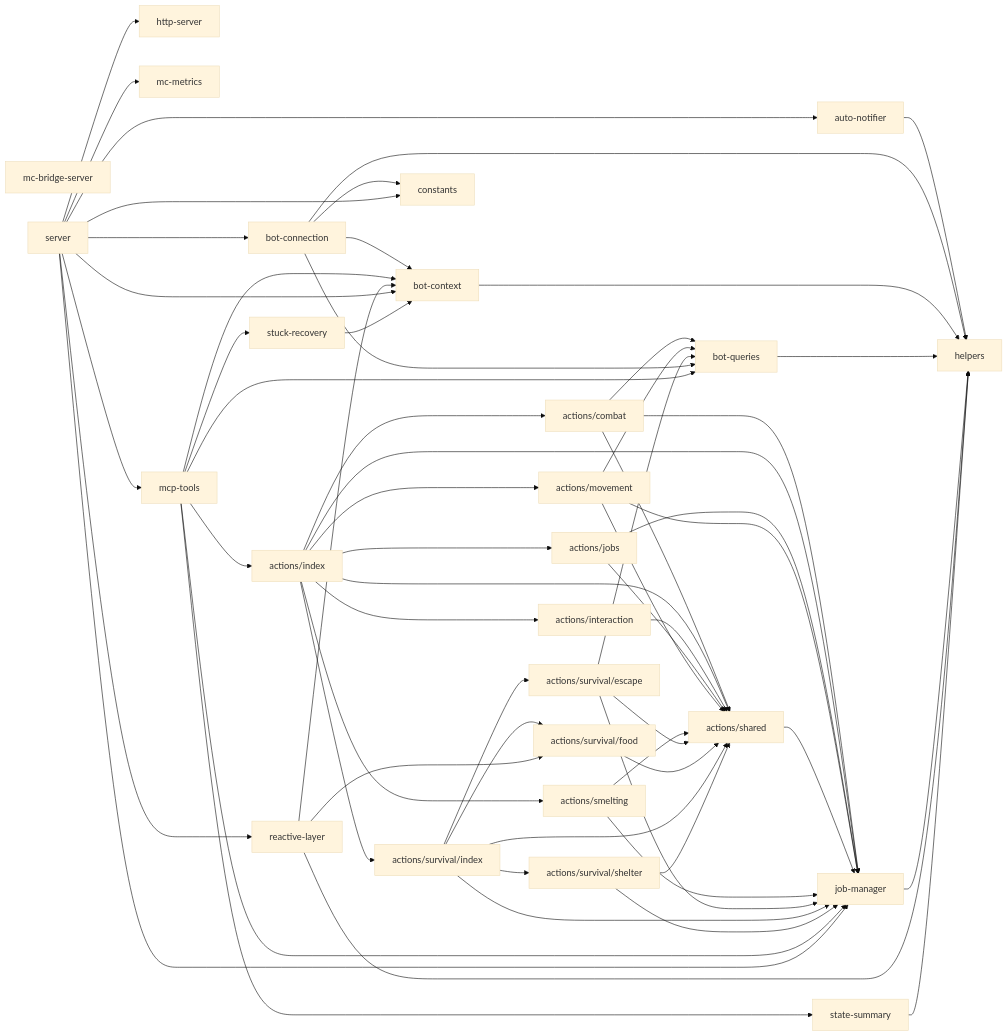
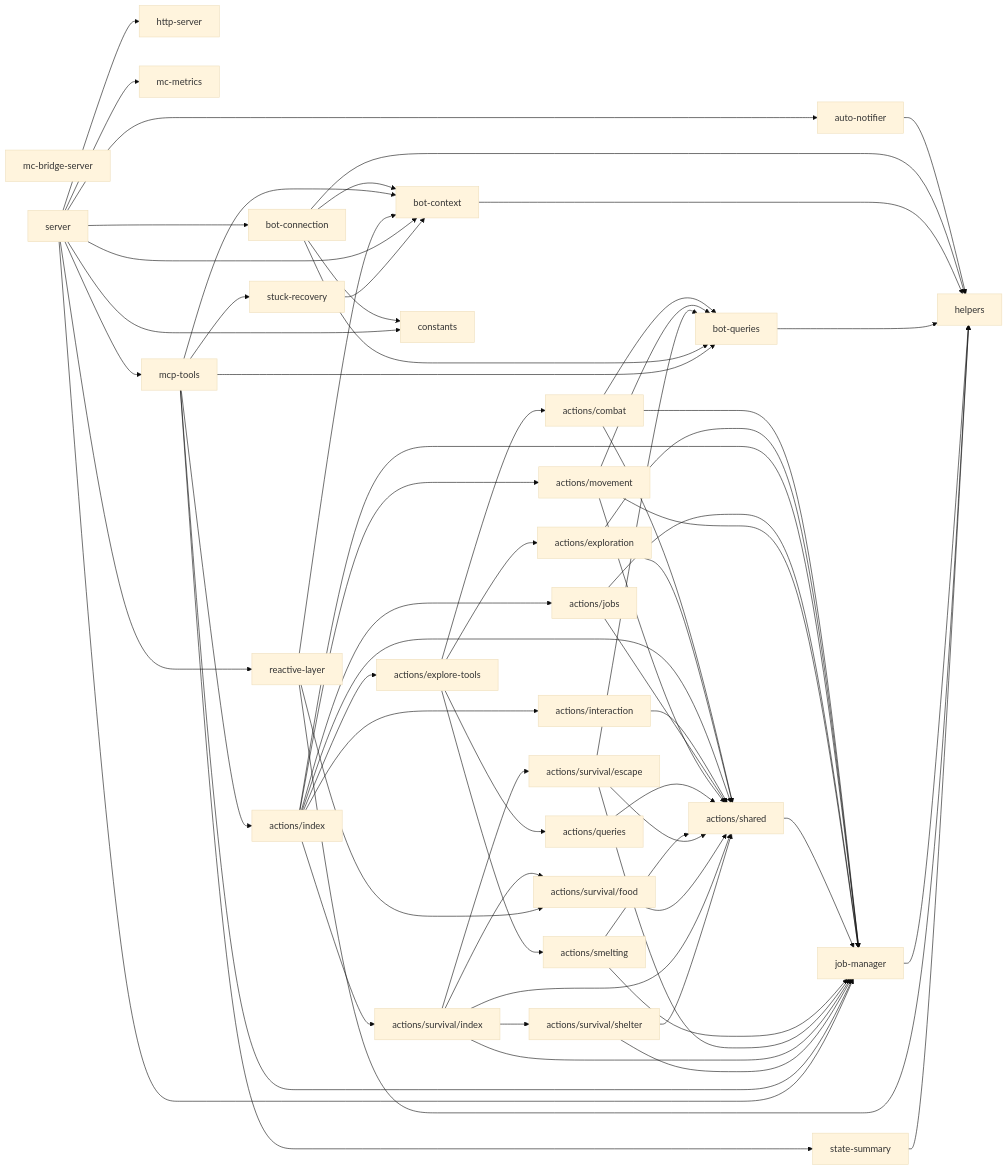
The diagram in packages/minecraft/DEPS.md (OJII3/vicissitude), drawn with Mermaid (base theme) before and after one commit. The commit also changed other lines of this file and 4 other files, not shown here.

````diff
--- a/packages/minecraft/DEPS.md
+++ b/packages/minecraft/DEPS.md
@@ -7,67 +7,73 @@
 ```mermaid
 graph LR
   actions_combat["actions/combat"] --> actions_shared["actions/shared"]
   actions_combat["actions/combat"] --> bot_queries["bot-queries"]
   actions_combat["actions/combat"] --> job_manager["job-manager"]
-  actions_index["actions/index"] --> actions_combat["actions/combat"]
+  actions_exploration["actions/exploration"] --> actions_shared["actions/shared"]
+  actions_exploration["actions/exploration"] --> job_manager["job-manager"]
+  actions_explore_tools["actions/explore-tools"] --> actions_combat["actions/combat"]
+  actions_explore_tools["actions/explore-tools"] --> actions_exploration["actions/exploration"]
+  actions_explore_tools["actions/explore-tools"] --> actions_queries["actions/queries"]
+  actions_explore_tools["actions/explore-tools"] --> actions_smelting["actions/smelting"]
+  actions_index["actions/index"] --> actions_explore_tools["actions/explore-tools"]
   actions_index["actions/index"] --> actions_interaction["actions/interaction"]
   actions_index["actions/index"] --> actions_jobs["actions/jobs"]
   actions_index["actions/index"] --> actions_movement["actions/movement"]
   actions_index["actions/index"] --> actions_shared["actions/shared"]
-  actions_index["actions/index"] --> actions_smelting["actions/smelting"]
   actions_index["actions/index"] --> actions_survival_index["actions/survival/index"]
   actions_index["actions/index"] --> job_manager["job-manager"]
   actions_interaction["actions/interaction"] --> actions_shared["actions/shared"]
   actions_jobs["actions/jobs"] --> actions_shared["actions/shared"]
   actions_jobs["actions/jobs"] --> job_manager["job-manager"]
   actions_movement["actions/movement"] --> actions_shared["actions/shared"]
   actions_movement["actions/movement"] --> bot_queries["bot-queries"]
   actions_movement["actions/movement"] --> job_manager["job-manager"]
+  actions_queries["actions/queries"] --> actions_shared["actions/shared"]
   actions_shared["actions/shared"] --> job_manager["job-manager"]
   actions_smelting["actions/smelting"] --> actions_shared["actions/shared"]
   actions_smelting["actions/smelting"] --> job_manager["job-manager"]
   actions_survival_escape["actions/survival/escape"] --> actions_shared["actions/shared"]
   actions_survival_escape["actions/survival/escape"] --> bot_queries["bot-queries"]
   actions_survival_escape["actions/survival/escape"] --> job_manager["job-manager"]
   actions_survival_food["actions/survival/food"] --> actions_shared["actions/shared"]
   actions_survival_index["actions/survival/index"] --> actions_shared["actions/shared"]
   actions_survival_index["actions/survival/index"] --> actions_survival_escape["actions/survival/escape"]
   actions_survival_index["actions/survival/index"] --> actions_survival_food["actions/survival/food"]
   actions_survival_index["actions/survival/index"] --> actions_survival_shelter["actions/survival/shelter"]
   actions_survival_index["actions/survival/index"] --> job_manager["job-manager"]
   actions_survival_shelter["actions/survival/shelter"] --> actions_shared["actions/shared"]
   actions_survival_shelter["actions/survival/shelter"] --> job_manager["job-manager"]
   auto_notifier["auto-notifier"] --> helpers
   bot_connection["bot-connection"] --> bot_context["bot-context"]
   bot_connection["bot-connection"] --> bot_queries["bot-queries"]
   bot_connection["bot-connection"] --> constants
   bot_connection["bot-connection"] --> helpers
   bot_context["bot-context"] --> helpers
   bot_queries["bot-queries"] --> helpers
   constants
   helpers
   http_server["http-server"]
   job_manager["job-manager"] --> helpers
   mc_bridge_server["mc-bridge-server"]
   mc_metrics["mc-metrics"]
   mcp_tools["mcp-tools"] --> actions_index["actions/index"]
   mcp_tools["mcp-tools"] --> bot_context["bot-context"]
   mcp_tools["mcp-tools"] --> bot_queries["bot-queries"]
   mcp_tools["mcp-tools"] --> job_manager["job-manager"]
   mcp_tools["mcp-tools"] --> state_summary["state-summary"]
   mcp_tools["mcp-tools"] --> stuck_recovery["stuck-recovery"]
   reactive_layer["reactive-layer"] --> actions_survival_food["actions/survival/food"]
   reactive_layer["reactive-layer"] --> bot_context["bot-context"]
   reactive_layer["reactive-layer"] --> helpers
   server --> auto_notifier["auto-notifier"]
   server --> bot_connection["bot-connection"]
   server --> bot_context["bot-context"]
   server --> constants
   server --> http_server["http-server"]
   server --> job_manager["job-manager"]
   server --> mc_metrics["mc-metrics"]
   server --> mcp_tools["mcp-tools"]
   server --> reactive_layer["reactive-layer"]
   state_summary["state-summary"] --> helpers
   stuck_recovery["stuck-recovery"] --> bot_context["bot-context"]
 ```
````
